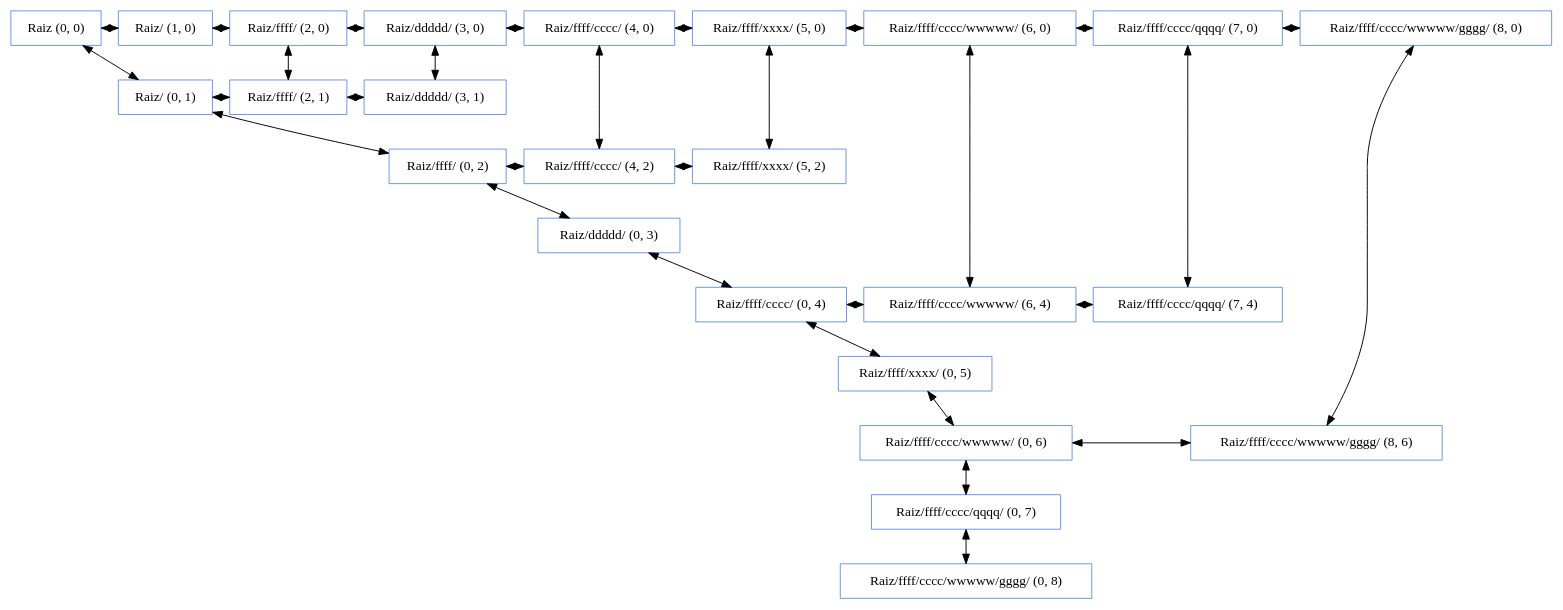
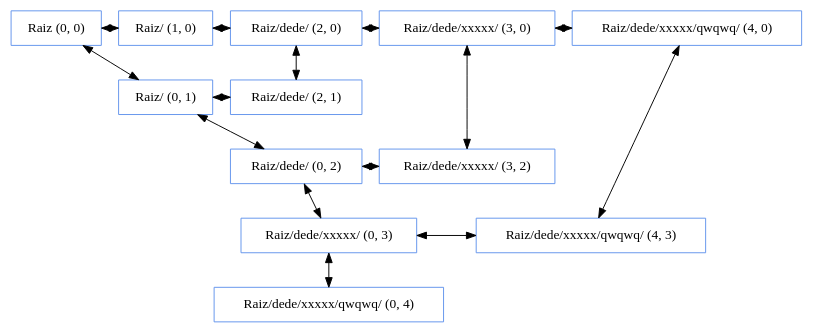
Before and after one commit to fraced97/EDD_2S2019_PY2_201700350: the diagram in Matriz.dot, drawn with Graphviz. The commit also changed 5 other files, not shown here.

```diff
--- a/Matriz.dot
+++ b/Matriz.dot
@@ -1,64 +1,32 @@
 digraph G {
 
 node [shape=box, color=cornflowerblue ];
 "Raiz (0, 0) "->"Raiz/ (0, 1) "[dir=both];
-"Raiz/ (0, 1) "->"Raiz/ffff/ (0, 2) "[dir=both];
-"Raiz/ffff/ (0, 2) "->"Raiz/ddddd/ (0, 3) "[dir=both];
-"Raiz/ddddd/ (0, 3) "->"Raiz/ffff/cccc/ (0, 4) "[dir=both];
-"Raiz/ffff/cccc/ (0, 4) "->"Raiz/ffff/xxxx/ (0, 5) "[dir=both];
-"Raiz/ffff/xxxx/ (0, 5) "->"Raiz/ffff/cccc/wwwww/ (0, 6) "[dir=both];
-"Raiz/ffff/cccc/wwwww/ (0, 6) "->"Raiz/ffff/cccc/qqqq/ (0, 7) "[dir=both];
-"Raiz/ffff/cccc/qqqq/ (0, 7) "->"Raiz/ffff/cccc/wwwww/gggg/ (0, 8) "[dir=both];
-"Raiz/ffff/ (2, 0) "->"Raiz/ffff/ (2, 1) "[dir=both];
-"Raiz/ddddd/ (3, 0) "->"Raiz/ddddd/ (3, 1) "[dir=both];
-"Raiz/ffff/cccc/ (4, 0) "->"Raiz/ffff/cccc/ (4, 2) "[dir=both];
-"Raiz/ffff/xxxx/ (5, 0) "->"Raiz/ffff/xxxx/ (5, 2) "[dir=both];
-"Raiz/ffff/cccc/wwwww/ (6, 0) "->"Raiz/ffff/cccc/wwwww/ (6, 4) "[dir=both];
-"Raiz/ffff/cccc/qqqq/ (7, 0) "->"Raiz/ffff/cccc/qqqq/ (7, 4) "[dir=both];
-"Raiz/ffff/cccc/wwwww/gggg/ (8, 0) "->"Raiz/ffff/cccc/wwwww/gggg/ (8, 6) "[dir=both];
+"Raiz/ (0, 1) "->"Raiz/dede/ (0, 2) "[dir=both];
+"Raiz/dede/ (0, 2) "->"Raiz/dede/xxxxx/ (0, 3) "[dir=both];
+"Raiz/dede/xxxxx/ (0, 3) "->"Raiz/dede/xxxxx/qwqwq/ (0, 4) "[dir=both];
+"Raiz/dede/ (2, 0) "->"Raiz/dede/ (2, 1) "[dir=both];
+"Raiz/dede/xxxxx/ (3, 0) "->"Raiz/dede/xxxxx/ (3, 2) "[dir=both];
+"Raiz/dede/xxxxx/qwqwq/ (4, 0) "->"Raiz/dede/xxxxx/qwqwq/ (4, 3) "[dir=both];
 rank=same{
 "Raiz (0, 0) "->"Raiz/ (1, 0) "[dir=both];
 }
 rank=same{
-"Raiz/ (1, 0) "->"Raiz/ffff/ (2, 0) "[dir=both];
+"Raiz/ (1, 0) "->"Raiz/dede/ (2, 0) "[dir=both];
 }
 rank=same{
-"Raiz/ffff/ (2, 0) "->"Raiz/ddddd/ (3, 0) "[dir=both];
+"Raiz/dede/ (2, 0) "->"Raiz/dede/xxxxx/ (3, 0) "[dir=both];
 }
 rank=same{
-"Raiz/ddddd/ (3, 0) "->"Raiz/ffff/cccc/ (4, 0) "[dir=both];
+"Raiz/dede/xxxxx/ (3, 0) "->"Raiz/dede/xxxxx/qwqwq/ (4, 0) "[dir=both];
 }
 rank=same{
-"Raiz/ffff/cccc/ (4, 0) "->"Raiz/ffff/xxxx/ (5, 0) "[dir=both];
+"Raiz/ (0, 1) "->"Raiz/dede/ (2, 1) "[dir=both];
 }
 rank=same{
-"Raiz/ffff/xxxx/ (5, 0) "->"Raiz/ffff/cccc/wwwww/ (6, 0) "[dir=both];
+"Raiz/dede/ (0, 2) "->"Raiz/dede/xxxxx/ (3, 2) "[dir=both];
 }
 rank=same{
-"Raiz/ffff/cccc/wwwww/ (6, 0) "->"Raiz/ffff/cccc/qqqq/ (7, 0) "[dir=both];
-}
-rank=same{
-"Raiz/ffff/cccc/qqqq/ (7, 0) "->"Raiz/ffff/cccc/wwwww/gggg/ (8, 0) "[dir=both];
-}
-rank=same{
-"Raiz/ (0, 1) "->"Raiz/ffff/ (2, 1) "[dir=both];
-}
-rank=same{
-"Raiz/ffff/ (2, 1) "->"Raiz/ddddd/ (3, 1) "[dir=both];
-}
-rank=same{
-"Raiz/ffff/ (0, 2) "->"Raiz/ffff/cccc/ (4, 2) "[dir=both];
-}
-rank=same{
-"Raiz/ffff/cccc/ (4, 2) "->"Raiz/ffff/xxxx/ (5, 2) "[dir=both];
-}
-rank=same{
-"Raiz/ffff/cccc/ (0, 4) "->"Raiz/ffff/cccc/wwwww/ (6, 4) "[dir=both];
-}
-rank=same{
-"Raiz/ffff/cccc/wwwww/ (6, 4) "->"Raiz/ffff/cccc/qqqq/ (7, 4) "[dir=both];
-}
-rank=same{
-"Raiz/ffff/cccc/wwwww/ (0, 6) "->"Raiz/ffff/cccc/wwwww/gggg/ (8, 6) "[dir=both];
+"Raiz/dede/xxxxx/ (0, 3) "->"Raiz/dede/xxxxx/qwqwq/ (4, 3) "[dir=both];
 }
 }
```
